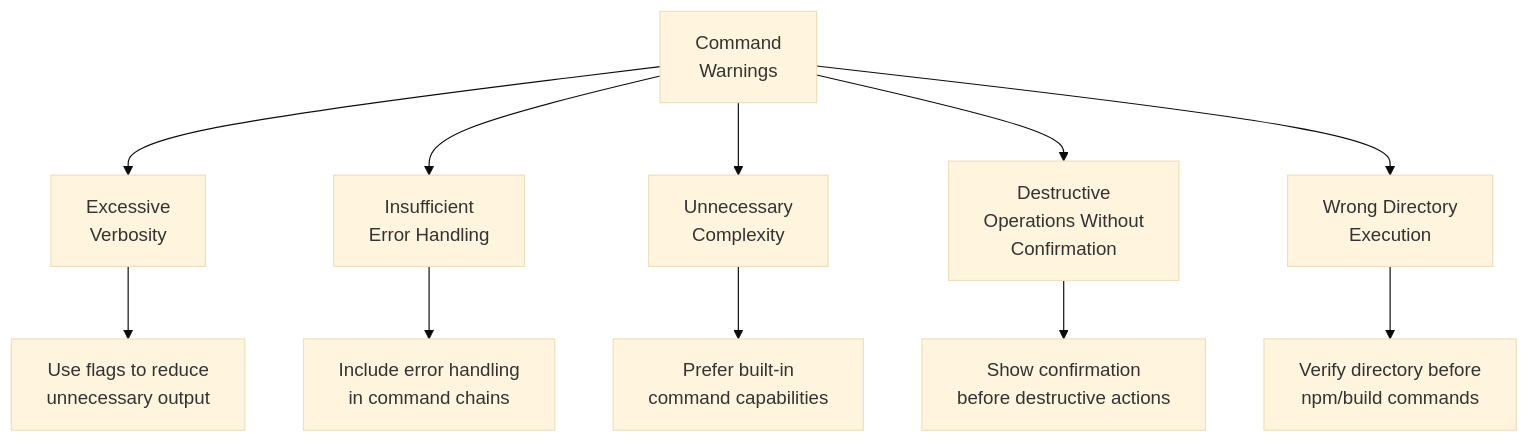
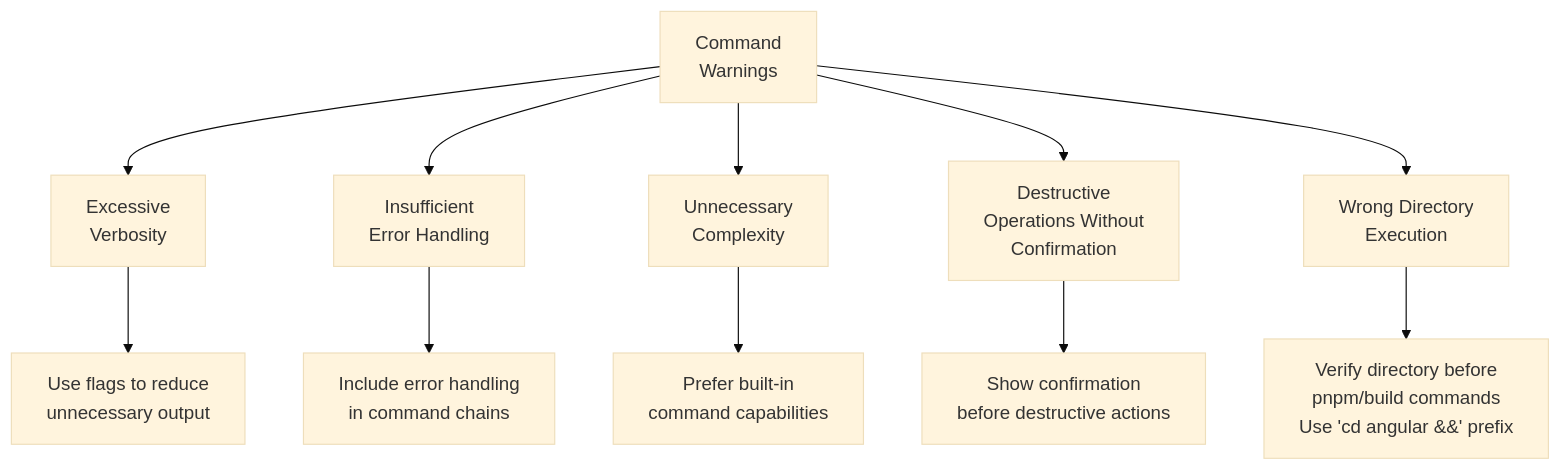
The seventh of 7 diagrams in .cursor/rules/isolation_rules/Core/command-execution.mdc (7Spade/cursor-graph-bank-account), drawn with Mermaid (base theme) before and after one commit. The commit also changed other lines of this file and 130 other files, not shown here.

````diff
--- a/.cursor/rules/isolation_rules/Core/command-execution.mdc
+++ b/.cursor/rules/isolation_rules/Core/command-execution.mdc
@@ -222,14 +226,14 @@
 ```mermaid
 graph TD
     Warning["Command<br>Warnings"] --> W1["Excessive<br>Verbosity"]
     Warning --> W2["Insufficient<br>Error Handling"]
     Warning --> W3["Unnecessary<br>Complexity"]
     Warning --> W4["Destructive<br>Operations Without<br>Confirmation"]
     Warning --> W5["Wrong Directory<br>Execution"]
-    
+
     W1 --> S1["Use flags to reduce<br>unnecessary output"]
     W2 --> S2["Include error handling<br>in command chains"]
     W3 --> S3["Prefer built-in<br>command capabilities"]
     W4 --> S4["Show confirmation<br>before destructive actions"]
-    W5 --> S5["Verify directory before<br>npm/build commands"]
-``` 
+    W5 --> S5["Verify directory before<br>pnpm/build commands<br>Use 'cd angular &&' prefix"]
+```
````
